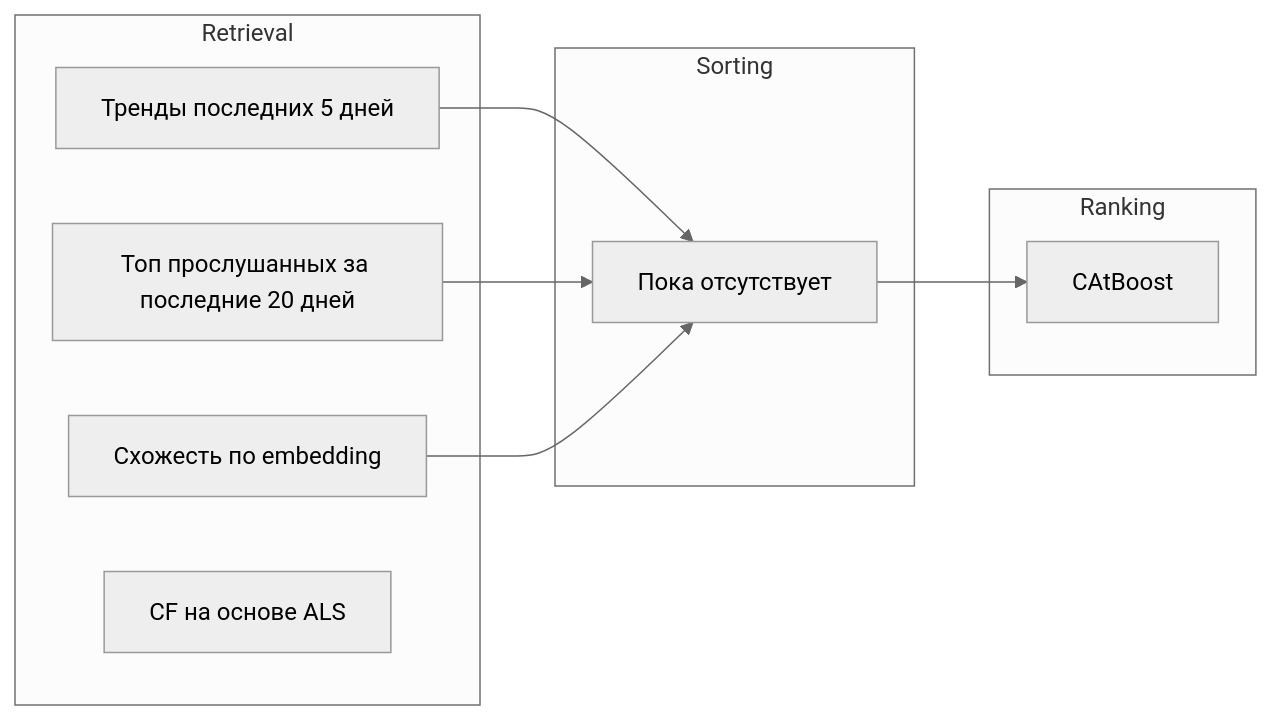
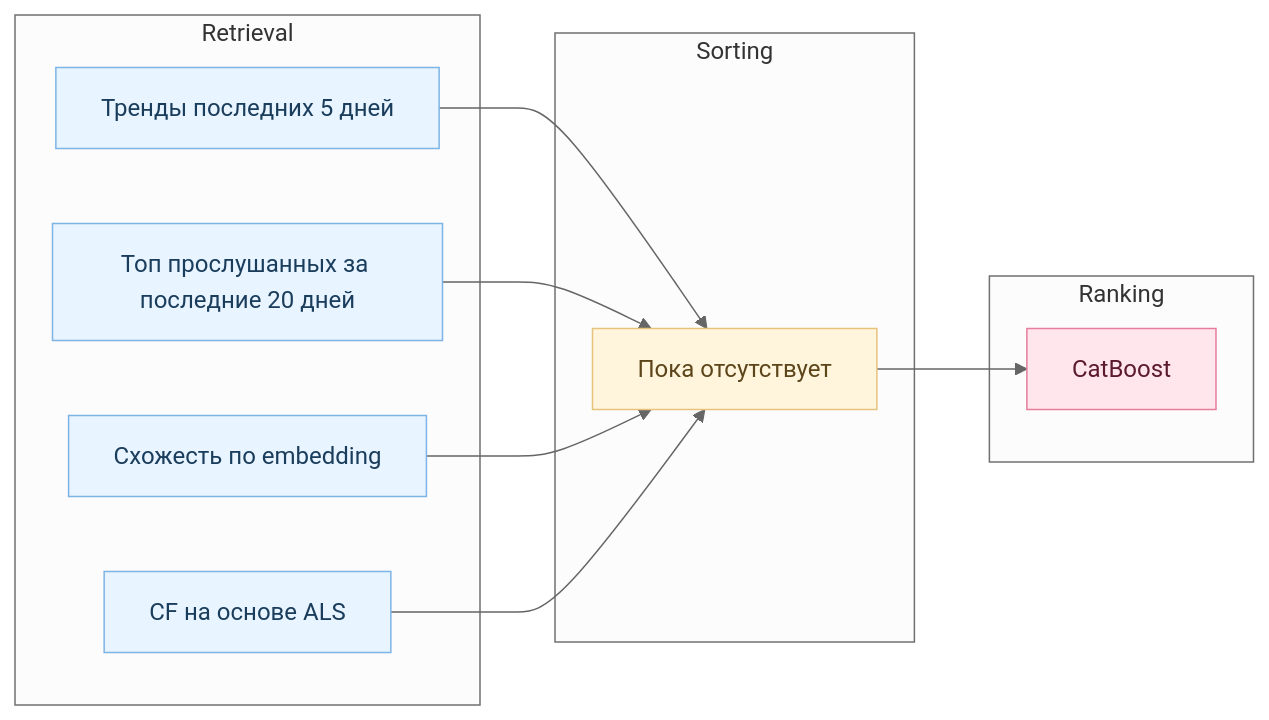
The diagram in README.md (Nastasy822/music-recommendation-experiments), drawn with Mermaid (neutral theme) before and after one commit.

Commit message:
docs(С4): update diagram

````diff
--- a/README.md
+++ b/README.md
@@ -149,27 +149,36 @@
 ```mermaid
 flowchart LR
 
     %% === Блоки пайплайна ===
     subgraph RETRIEVAL ["Retrieval"]
         PopAll["Тренды последних 5 дней"]
         PopUser["Топ прослушанных за последние 20 дней"]
         SIM["Схожесть по embedding"]
         ALS["CF на основе ALS"]
     end
 
     subgraph SORTING ["Sorting"]
         FILTER["Пока отсутствует"]
     end
 
     subgraph RANKING ["Ranking"]
-        RANK["CAtBoost"]
+        RANK["CatBoost"]
     end
 
     %% === Потоки данных ===
     PopAll --> FILTER
     PopUser --> FILTER
     SIM --> FILTER
+    ALS --> FILTER
 
     FILTER --> RANK
 
+    %% === Цветовые стили (Пастельные) ===
+    classDef retrieval fill:#e8f4ff,stroke:#7db4e6,color:#1a3d5c;
+    classDef sorting fill:#fff5dd,stroke:#e6c27d,color:#5c451a;
+    classDef ranking fill:#ffe6ec,stroke:#e67d9c,color:#5c1a2f;
+
+    class PopAll,PopUser,SIM,ALS retrieval;
+    class FILTER sorting;
+    class RANK ranking;
 ```
````
